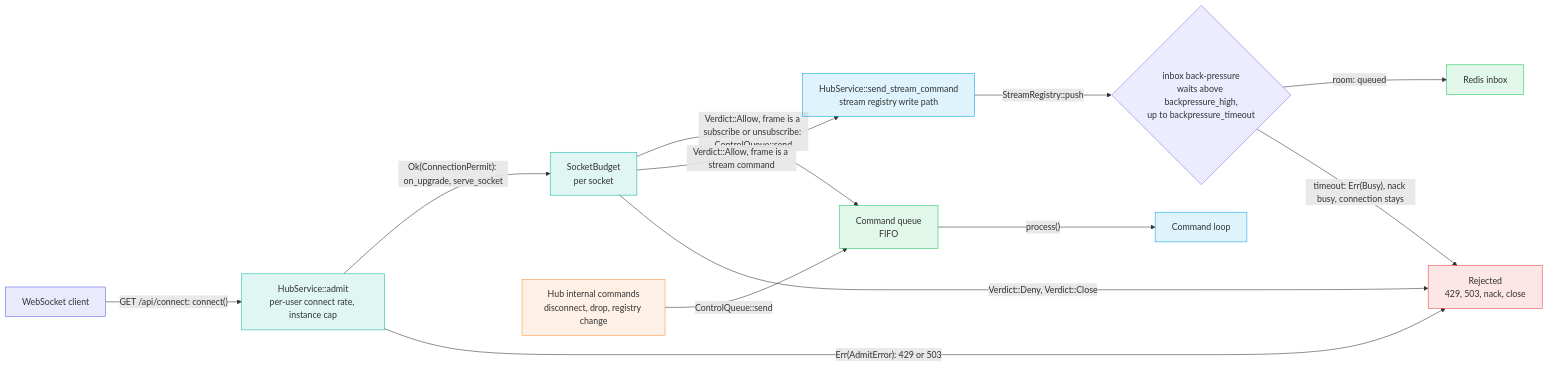
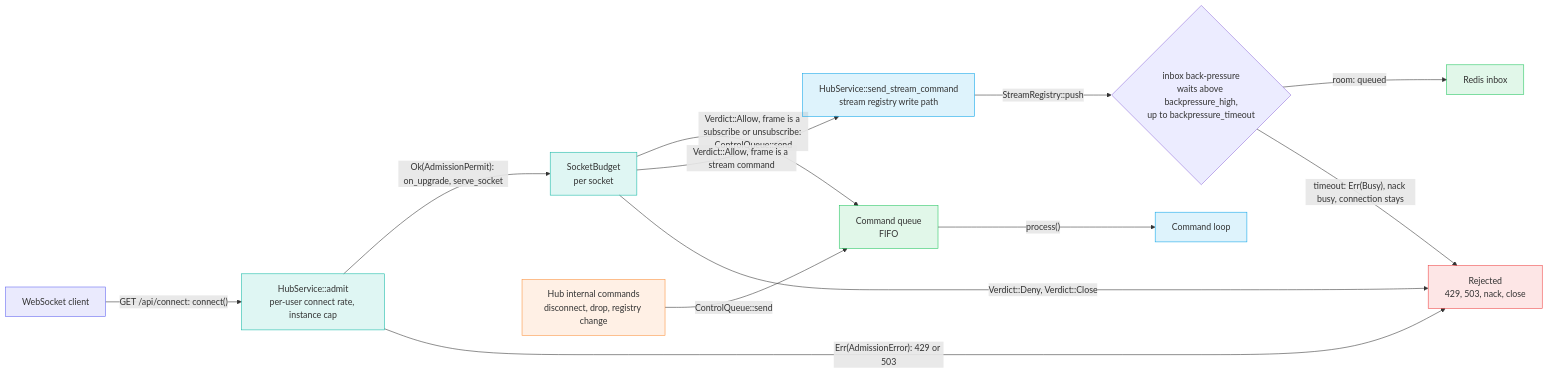
One commit to gzp79/shine-services changed the first of 2 diagrams in docs/services/builder/hub-load-protection.md. Above: the diagram before and after it, drawn with Mermaid. The commit also changed other lines of this file and 6 other files, not shown here.

````diff
--- a/docs/services/builder/hub-load-protection.md
+++ b/docs/services/builder/hub-load-protection.md
@@ -13,32 +13,32 @@
 ```mermaid
 flowchart LR
     classDef indigo fill:#6366f122,stroke:#6366f1
     classDef teal fill:#14b8a622,stroke:#14b8a6
     classDef blue fill:#0ea5e922,stroke:#0ea5e9
     classDef green fill:#22c55e22,stroke:#22c55e
     classDef orange fill:#fb923c22,stroke:#fb923c
     classDef red fill:#ef444422,stroke:#ef4444
 
     C["WebSocket client"]:::indigo
     A["HubService::admit<br/>per-user connect rate, instance cap"]:::teal
     F["SocketBudget<br/>per socket"]:::teal
     S["HubService::send_stream_command<br/>stream registry write path"]:::blue
     B{"inbox back-pressure<br/>waits above backpressure_high,<br/>up to backpressure_timeout"}
     I["Redis inbox"]:::green
     Q["Command queue<br/>FIFO"]:::green
     IN["Hub internal commands<br/>disconnect, drop, registry change"]:::orange
     L["Command loop"]:::blue
     X["Rejected<br/>429, 503, nack, close"]:::red
 
     C -- "GET /api/connect: connect()" --> A
-    A -- "Ok(ConnectionPermit): on_upgrade, serve_socket" --> F
-    A -- "Err(AdmitError): 429 or 503" --> X
+    A -- "Ok(AdmissionPermit): on_upgrade, serve_socket" --> F
+    A -- "Err(AdmissionError): 429 or 503" --> X
     F -- "Verdict::Allow, frame is a subscribe or unsubscribe: ControlQueue::send" --> Q
     F -- "Verdict::Allow, frame is a stream command" --> S
     S -- "StreamRegistry::push" --> B
     B -- "room: queued" --> I
     B -- "timeout: Err(Busy), nack busy, connection stays" --> X
     F -- "Verdict::Deny, Verdict::Close" --> X
     IN -- "ControlQueue::send" --> Q
     Q -- "process()" --> L
 ```
````
